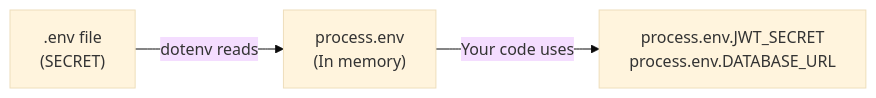
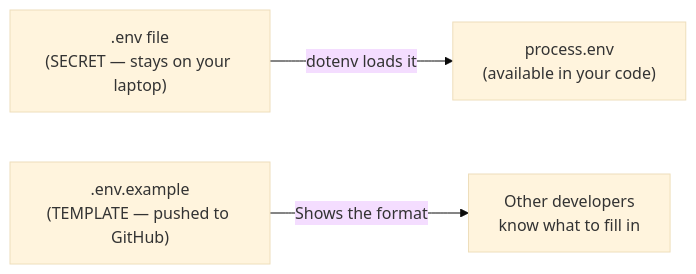
One commit to Nimsika-Bosilu/designHer_2.0-Student-Attendance-Management-System changed the fourth of 30 diagrams in backend/README.md. Above: the diagram before and after it, drawn with Mermaid (base theme). The commit also changed other lines of this file, not shown here.

````diff
--- a/backend/README.md
+++ b/backend/README.md
@@ -423,5 +226,5 @@
 ```mermaid
 flowchart LR
-    A[".env file\n(SECRET)"] -->|"dotenv reads"| B["process.env\n(In memory)"]
-    B -->|"Your code uses"| C["process.env.JWT_SECRET\nprocess.env.DATABASE_URL"]
+    A[".env file\n(SECRET — stays on your laptop)"] -->|"dotenv loads it"| B["process.env\n(available in your code)"]
+    C[".env.example\n(TEMPLATE — pushed to GitHub)"] -->|"Shows the format"| D["Other developers\nknow what to fill in"]
 ```
````
